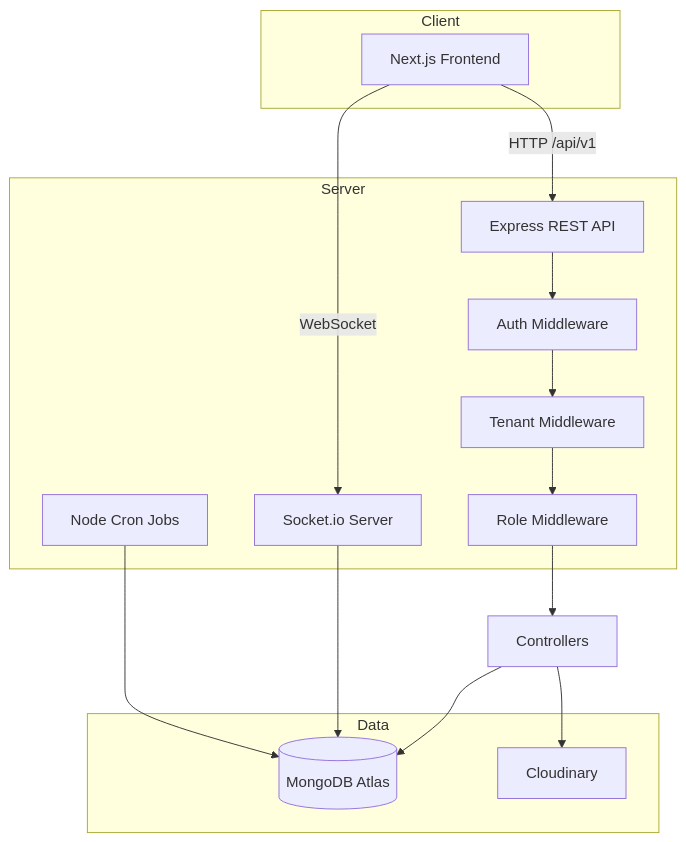
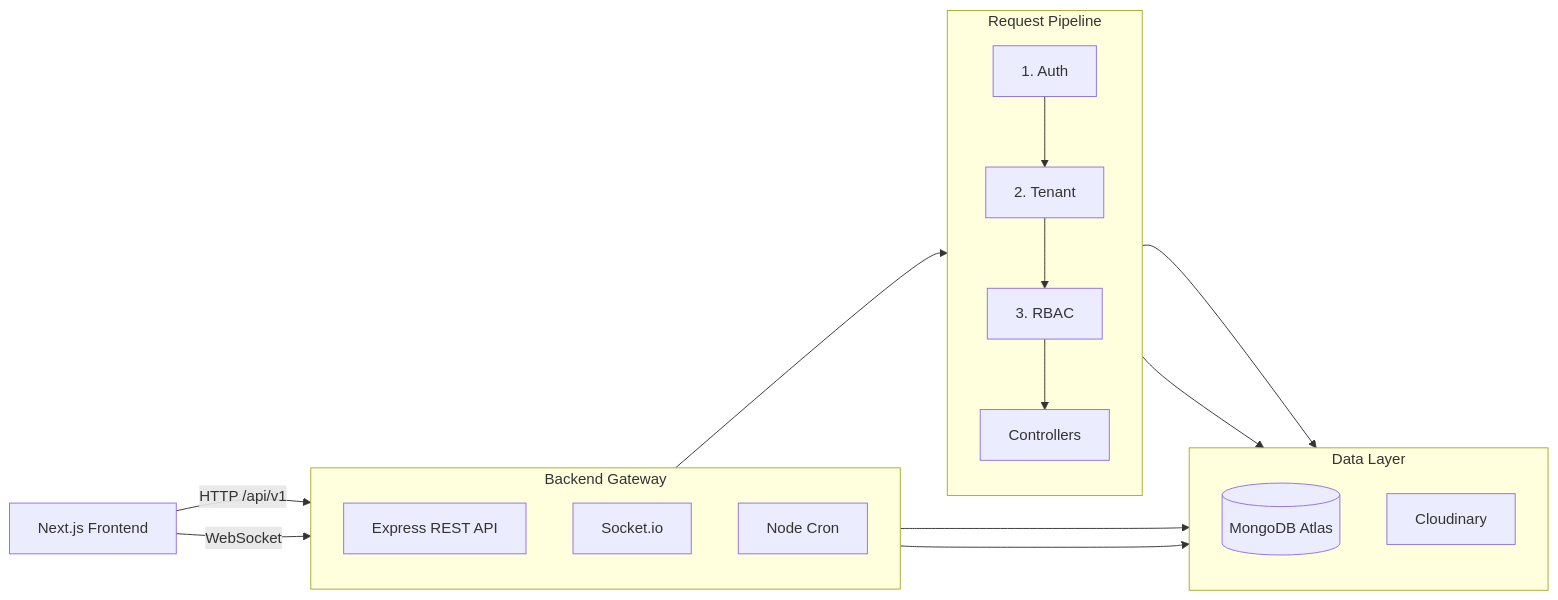
The diagram in README.md (ayushsinha008/Multi-Tenant-SaaS-Platform), drawn with Mermaid before and after one commit.

Commit message:
docs: clean up architecture mermaid diagram

````diff
--- a/README.md
+++ b/README.md
@@ -138,28 +138,34 @@
 ```mermaid
-flowchart TB
-    subgraph Client
-        FE[Next.js Frontend]
+flowchart LR
+    FE["Next.js Frontend"]
+
+    subgraph Gateway["Backend Gateway"]
+        direction TB
+        API["Express REST API"]
+        WS["Socket.io"]
+        Cron["Node Cron"]
     end
 
-    subgraph Server
-        API[Express REST API]
-        WS[Socket.io Server]
-        Cron[Node Cron Jobs]
-        Auth[Auth Middleware]
-        Tenant[Tenant Middleware]
-        Role[Role Middleware]
+    subgraph Pipeline["Request Pipeline"]
+        direction TB
+        Auth["1. Auth"]
+        Tenant["2. Tenant"]
+        Role["3. RBAC"]
+        Ctrl["Controllers"]
+        Auth --> Tenant --> Role --> Ctrl
     end
 
-    subgraph Data
-        DB[(MongoDB Atlas)]
-        CDN[Cloudinary]
+    subgraph Storage["Data Layer"]
+        direction TB
+        DB[("MongoDB Atlas")]
+        CDN["Cloudinary"]
     end
 
-    FE -->|HTTP /api/v1| API
-    FE -->|WebSocket| WS
-    API --> Auth --> Tenant --> Role --> Controllers
-    Controllers --> DB
-    Controllers --> CDN
+    FE -->|"HTTP /api/v1"| API
+    FE -->|"WebSocket"| WS
+    API --> Auth
+    Ctrl --> DB
+    Ctrl --> CDN
     WS --> DB
     Cron --> DB
 ```
````
